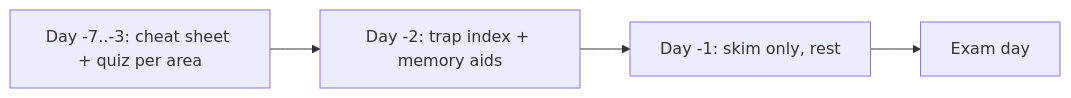
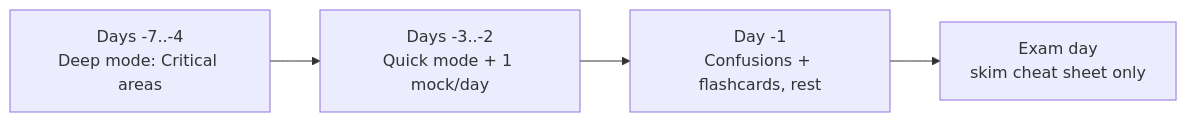
One commit to jasseryah-mazars/Sf-8.0 changed the diagram in docs/revision/index.md. Above: the diagram before and after it, drawn with Mermaid. The commit also changed other lines of this file and 23 other files, not shown here.

First line of the commit message:
feat: add revision-coach layer (modes, flashcards, mock exam, confusions)

````diff
--- a/docs/revision/index.md
+++ b/docs/revision/index.md
@@ -44,6 +50,6 @@
 ```mermaid
 flowchart LR
-    D7[Day -7..-3: cheat sheet + quiz per area] --> D2[Day -2: trap index + memory aids]
-    D2 --> D1[Day -1: skim only, rest]
-    D1 --> E[Exam day]
+    A["Days -7..-4<br>Deep mode: Critical areas"] --> B["Days -3..-2<br>Quick mode + 1 mock/day"]
+    B --> C["Day -1<br>Confusions + flashcards, rest"]
+    C --> D["Exam day<br>skim cheat sheet only"]
 ```
````
